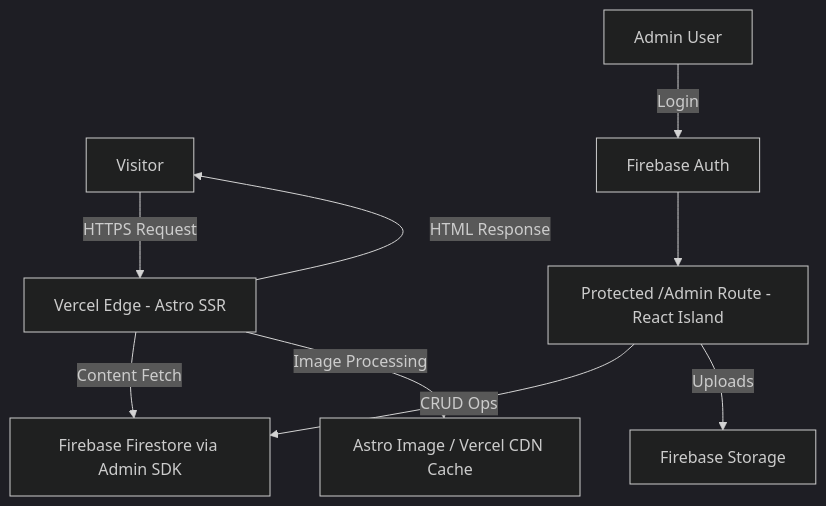
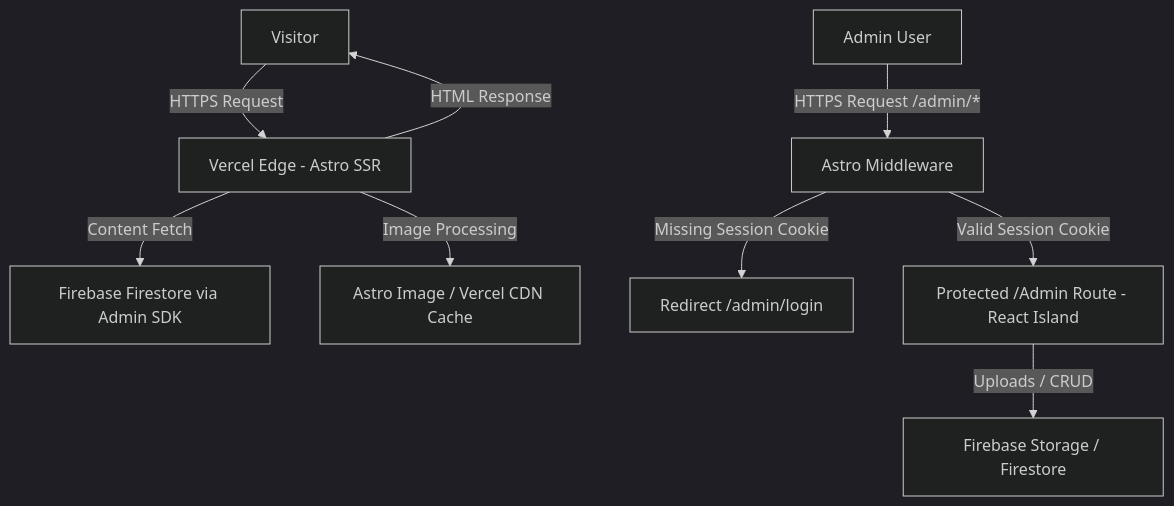
Before and after one commit to AbderrahmaneSAOUDI/saoudi_website: the diagram in README.md, drawn with Mermaid (dark theme). The commit also changed other lines of this file and 11 other files, not shown here.

Commit message:
improve roadmap and idea + Firebase configuration test

````diff
--- a/README.md
+++ b/README.md
@@ -97,11 +97,11 @@
 ```mermaid
 graph TD
     A[Visitor] -->|HTTPS Request| B[Vercel Edge - Astro SSR]
     B -->|Content Fetch| C[Firebase Firestore via Admin SDK]
     B -->|Image Processing| D[Astro Image / Vercel CDN Cache]
     B -->|HTML Response| A
-    E[Admin User] -->|Login| F[Firebase Auth]
-    F --> G[Protected /Admin Route - React Island]
-    G -->|CRUD Ops| C
-    G -->|Uploads| H[Firebase Storage]
+    E[Admin User] -->|HTTPS Request /admin/*| M[Astro Middleware]
+    M -->|Missing Session Cookie| LoginRedirect[Redirect /admin/login]
+    M -->|Valid Session Cookie| G[Protected /Admin Route - React Island]
+    G -->|Uploads / CRUD| H[Firebase Storage / Firestore]
 ```
````
